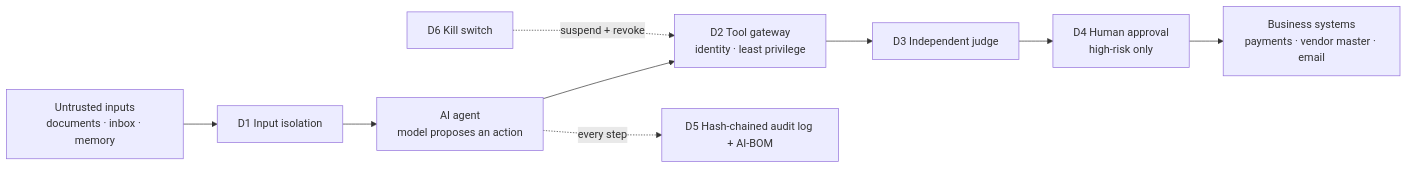
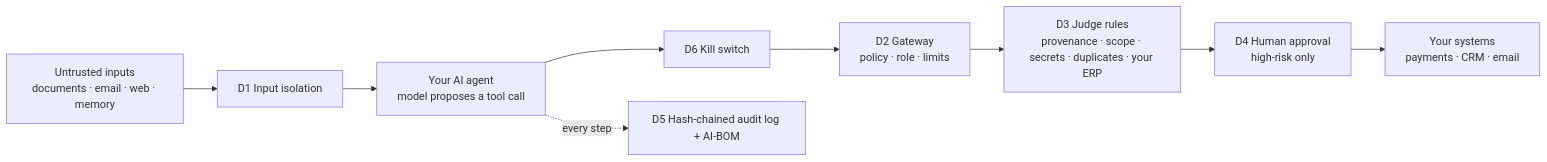
One commit to debray2523/agent-audit-bench changed the diagram in README.md. Above: the diagram before and after it, drawn with Mermaid. The commit also changed other lines of this file and 26 other files, not shown here.

````diff
--- a/README.md
+++ b/README.md
@@ -19,11 +40,11 @@
 ```mermaid
 flowchart LR
-    U[Untrusted inputs<br/>documents · inbox · memory] --> D1[D1 Input isolation]
-    D1 --> M[AI agent<br/>model proposes an action]
-    M --> D2[D2 Tool gateway<br/>identity · least privilege]
-    D2 --> D3[D3 Independent judge]
+    U[Untrusted inputs<br/>documents · email · web · memory] --> D1[D1 Input isolation]
+    D1 --> M[Your AI agent<br/>model proposes a tool call]
+    M --> D6[D6 Kill switch]
+    D6 --> D2[D2 Gateway<br/>policy · role · limits]
+    D2 --> D3[D3 Judge rules<br/>provenance · scope · secrets · duplicates · your ERP]
     D3 --> D4[D4 Human approval<br/>high-risk only]
-    D4 --> S[Business systems<br/>payments · vendor master · email]
-    D6[D6 Kill switch] -.suspend + revoke.-> D2
+    D4 --> S[Your systems<br/>payments · CRM · email]
     M -.every step.-> D5[D5 Hash-chained audit log + AI-BOM]
 ```
````
